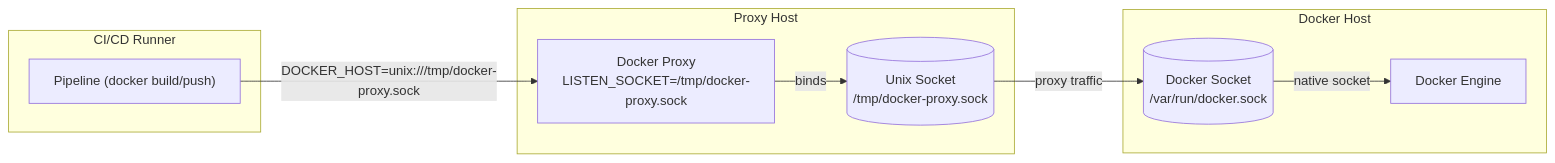
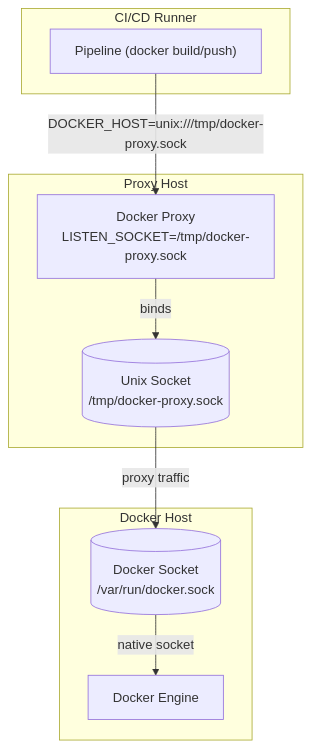
One commit to hypolas/docker-proxy changed the first of 2 diagrams in README.md. Above: the diagram before and after it, drawn with Mermaid. The commit also changed other lines of this file, not shown here.

Commit message:
test mermaid

````diff
--- a/README.md
+++ b/README.md
@@ -262,21 +266,22 @@
 ```mermaid
-graph LR;
+graph TB;
     subgraph "CI/CD Runner"
         A["Pipeline (docker build/push)"];
+
     end
 
     subgraph "Proxy Host"
         B[Docker Proxy<br>LISTEN_SOCKET=/tmp/docker-proxy.sock]
         C[(Unix Socket<br>/tmp/docker-proxy.sock)]
     end
 
     subgraph "Docker Host"
         D[(Docker Socket<br>/var/run/docker.sock)]
         E[Docker Engine]
     end
 
     A -- "DOCKER_HOST=unix:///tmp/docker-proxy.sock" --> B
     B -- binds --> C
     C -- proxy traffic --> D
     D -- native socket --> E
 ```
````
